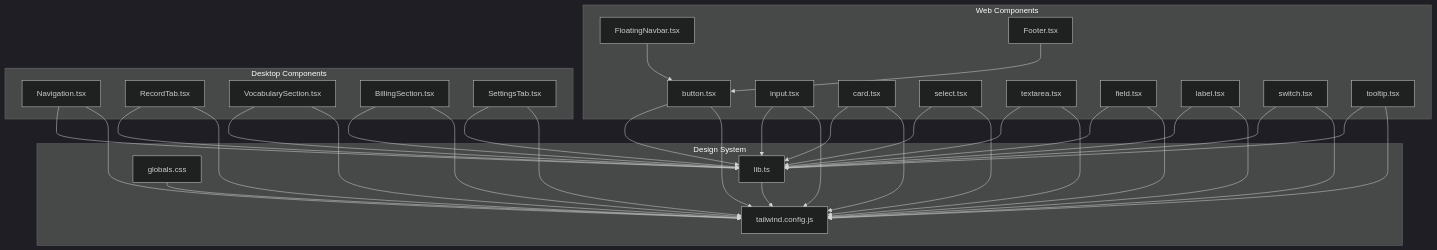
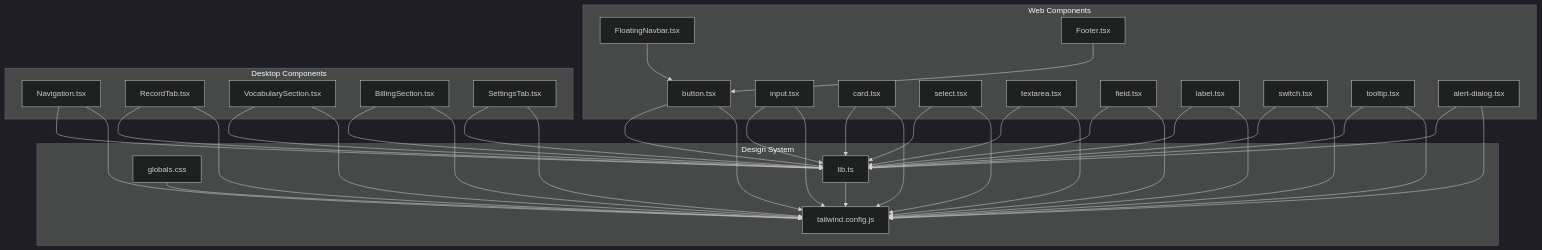
Before and after one commit to navgurukul/oscar: the first of 10 diagrams in .qoder/repowiki/en/content/UI Component Library/UI Component Library.md, drawn with Mermaid (dark theme). The commit also changed other lines of this file and 9 other files, not shown here.

Commit message:
feat(settings): add multi-section settings architecture with lazy-loaded components

````diff
--- a/.qoder/repowiki/en/content/UI Component Library/UI Component Library.md
+++ b/.qoder/repowiki/en/content/UI Component Library/UI Component Library.md
@@ -58,60 +56,63 @@
 ```mermaid
 graph TB
 subgraph "Web Components"
 FN["FloatingNavbar.tsx"]
 FT["Footer.tsx"]
 BTN["button.tsx"]
 INP["input.tsx"]
 CAR["card.tsx"]
 SEL["select.tsx"]
 TXT["textarea.tsx"]
 FLD["field.tsx"]
 LBL["label.tsx"]
 SW["switch.tsx"]
 TIP["tooltip.tsx"]
+AD["alert-dialog.tsx"]
 end
 subgraph "Desktop Components"
 NAV["Navigation.tsx"]
 RT["RecordTab.tsx"]
 VS["VocabularySection.tsx"]
 BS["BillingSection.tsx"]
 STS["SettingsTab.tsx"]
 end
 subgraph "Design System"
 LIB["lib.ts"]
 TW["tailwind.config.js"]
 CSS["globals.css"]
 end
 FN --> BTN
 FT --> BTN
 BTN --> LIB
 INP --> LIB
 CAR --> LIB
 SEL --> LIB
 TXT --> LIB
 FLD --> LIB
 LBL --> LIB
 SW --> LIB
 TIP --> LIB
+AD --> LIB
 NAV --> LIB
 RT --> LIB
 VS --> LIB
 BS --> LIB
 STS --> LIB
 LIB --> TW
 BTN --> TW
 INP --> TW
 CAR --> TW
 SEL --> TW
 TXT --> TW
 FLD --> TW
 LBL --> TW
 SW --> TW
 TIP --> TW
+AD --> TW
 NAV --> TW
 RT --> TW
 VS --> TW
 BS --> TW
 STS --> TW
 CSS --> TW
 ```
````
